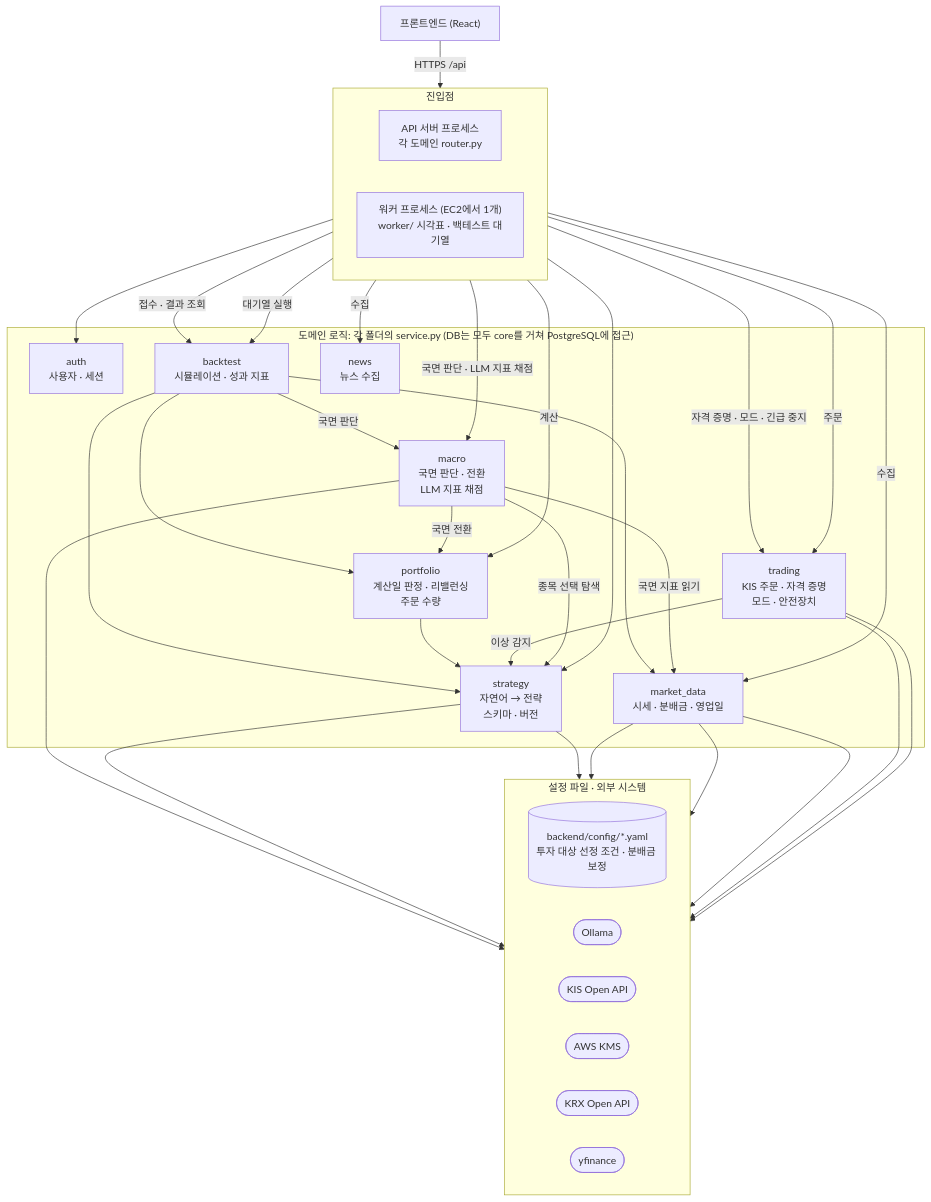
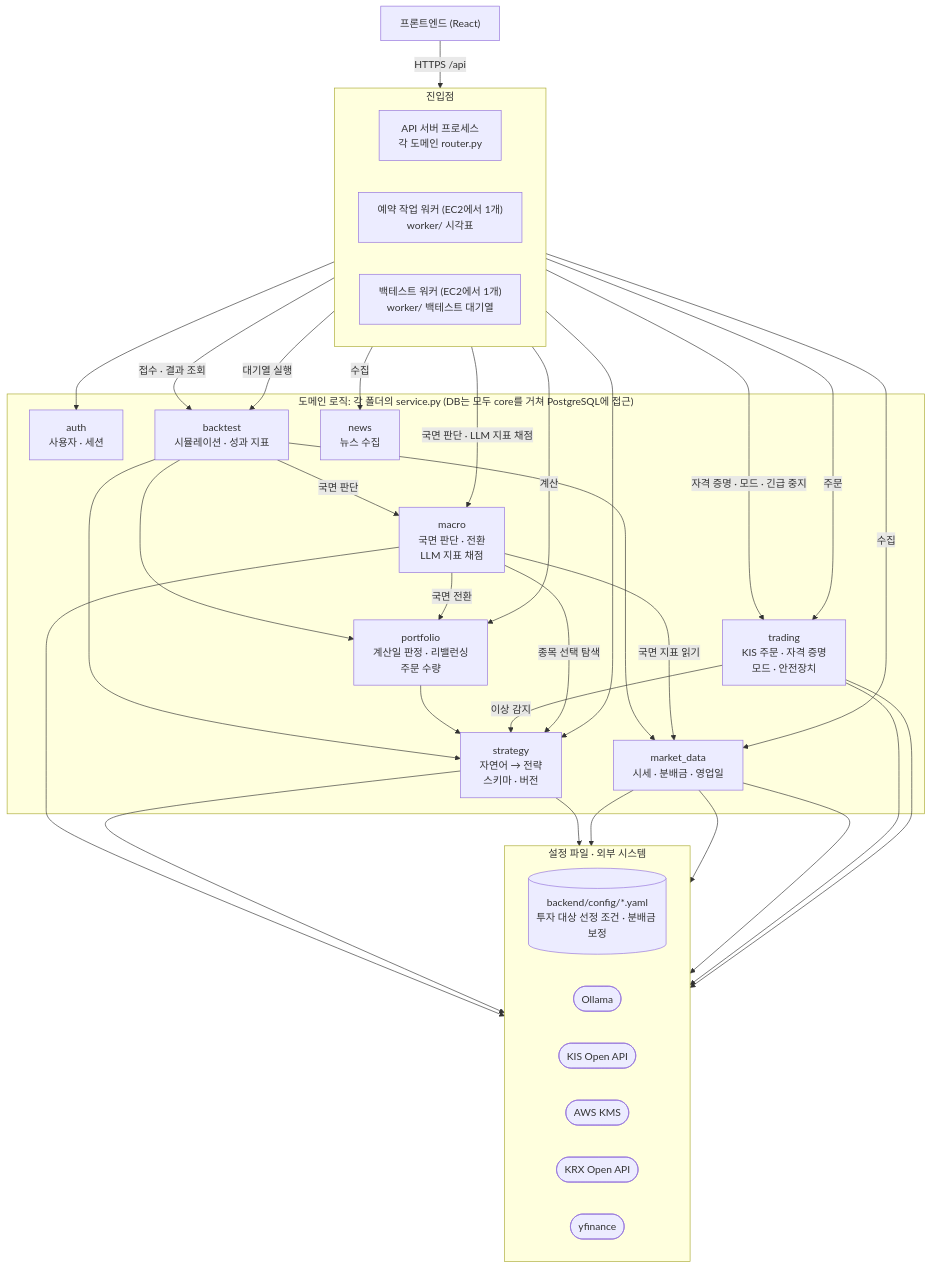
One commit to tukorea-capston-project/etf-rebalancing changed the first of 3 diagrams in docs/architecture.md. Above: the diagram before and after it, drawn with Mermaid. The commit also changed other lines of this file and 14 other files, not shown here.

````diff
--- a/docs/architecture.md
+++ b/docs/architecture.md
@@ -90,62 +114,63 @@
 ```mermaid
 flowchart TB
     FE["프론트엔드 (React)"] -->|"HTTPS /api"| routers
 
     subgraph ENTRY["진입점"]
         direction LR
         routers["API 서버 프로세스<br/>각 도메인 router.py"]
-        worker["워커 프로세스 (EC2에서 1개)<br/>worker/ 시각표 · 백테스트 대기열"]
+        worker["예약 작업 워커 (EC2에서 1개)<br/>worker/ 시각표"]
+        btworker["백테스트 워커 (EC2에서 1개)<br/>worker/ 백테스트 대기열"]
     end
 
     subgraph DOM["도메인 로직: 각 폴더의 service.py (DB는 모두 core를 거쳐 PostgreSQL에 접근)"]
         auth["auth<br/>사용자 · 세션"]
         backtest["backtest<br/>시뮬레이션 · 성과 지표"]
         trading["trading<br/>KIS 주문 · 자격 증명<br/>모드 · 안전장치"]
         market["market_data<br/>시세 · 분배금 · 영업일"]
         macro["macro<br/>국면 판단 · 전환<br/>LLM 지표 채점"]
         news["news<br/>뉴스 수집"]
         portfolio["portfolio<br/>계산일 판정 · 리밸런싱<br/>주문 수량"]
         strategy["strategy<br/>자연어 → 전략<br/>스키마 · 버전"]
     end
 
     subgraph EXT["설정 파일 · 외부 시스템"]
         direction LR
         cfg[("backend/config/*.yaml<br/>투자 대상 선정 조건 · 분배금 보정")]
         ollama(["Ollama"])
         kis(["KIS Open API"])
         kms(["AWS KMS"])
         krx(["KRX Open API"])
         yf(["yfinance"])
     end
 
     routers --> auth
     routers --> strategy
     routers -->|"접수 · 결과 조회"| backtest
     routers -->|"자격 증명 · 모드 · 긴급 중지"| trading
 
     worker -->|"수집"| market
     worker -->|"계산"| portfolio
     worker -->|"주문"| trading
-    worker -->|"대기열 실행"| backtest
+    btworker -->|"대기열 실행"| backtest
     worker -->|"국면 판단 · LLM 지표 채점"| macro
     worker -->|"수집"| news
 
     backtest --> portfolio
     backtest --> market
     backtest --> strategy
     backtest -->|"국면 판단"| macro
     portfolio --> strategy
     trading -->|"이상 감지"| strategy
     macro -->|"국면 전환"| portfolio
     macro -->|"국면 지표 읽기"| market
     macro -->|"종목 선택 탐색"| strategy
     macro --> ollama
 
     strategy --> ollama
     strategy --> cfg
     market --> cfg
     market --> krx
     market --> yf
     trading --> kis
     trading --> kms
 ```
````
